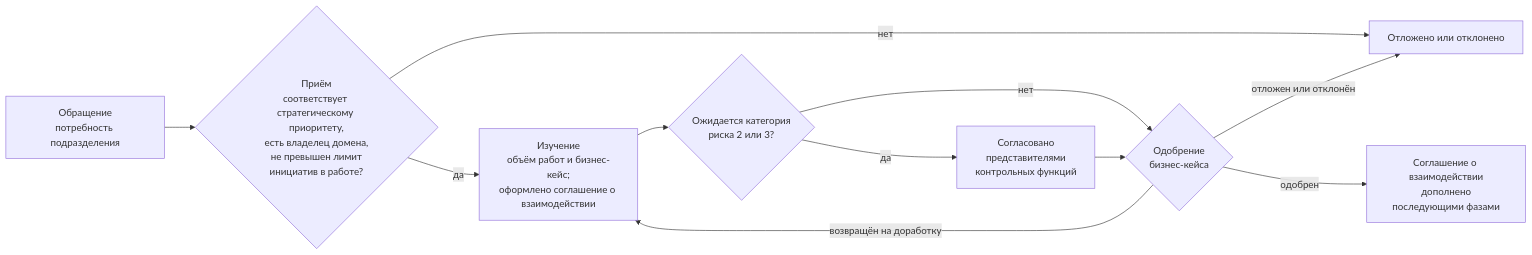
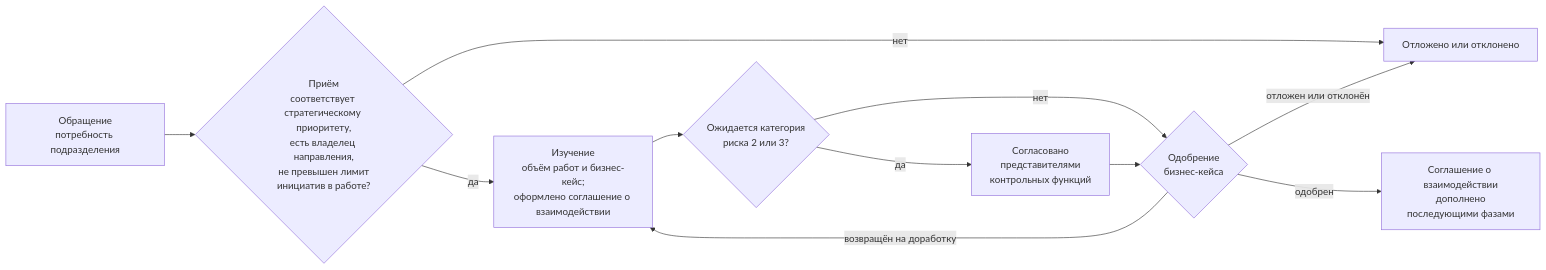
Before and after one commit to devhogu/ob-aicc: the first of 4 diagrams in charter/ru/guides/engagement-guide.md, drawn with Mermaid. The commit also changed other lines of this file and 290 other files, not shown here.

First line of the commit message:
Russian edition: Domain is «направление» (владелец направления, эксперт направления); Strategic Priority 3 is «AI в работе направлений Банка»

````diff
--- a/charter/ru/guides/engagement-guide.md
+++ b/charter/ru/guides/engagement-guide.md
@@ -35,13 +35,13 @@
 ```mermaid
 flowchart LR
-  C["Обращение<br/>потребность подразделения"] --> IN{"Приём<br/>соответствует стратегическому приоритету,<br/>есть владелец домена,<br/>не превышен лимит<br/>инициатив в работе?"}
+  C["Обращение<br/>потребность подразделения"] --> IN{"Приём<br/>соответствует стратегическому приоритету,<br/>есть владелец направления,<br/>не превышен лимит<br/>инициатив в работе?"}
   IN -->|"нет"| DR["Отложено или отклонено"]
   IN -->|"да"| ST["Изучение<br/>объём работ и бизнес-кейс;<br/>оформлено соглашение о взаимодействии"]
   ST --> CL{"Ожидается категория<br/>риска 2 или 3?"}
   CL -->|"да"| CF["Согласовано<br/>представителями<br/>контрольных функций"]
   CL -->|"нет"| AP
   CF --> AP{"Одобрение<br/>бизнес-кейса"}
   AP -->|"возвращён на доработку"| ST
   AP -->|"отложен или отклонён"| DR
   AP -->|"одобрен"| SA["Соглашение о взаимодействии<br/>дополнено<br/>последующими фазами"]
 ```
````
